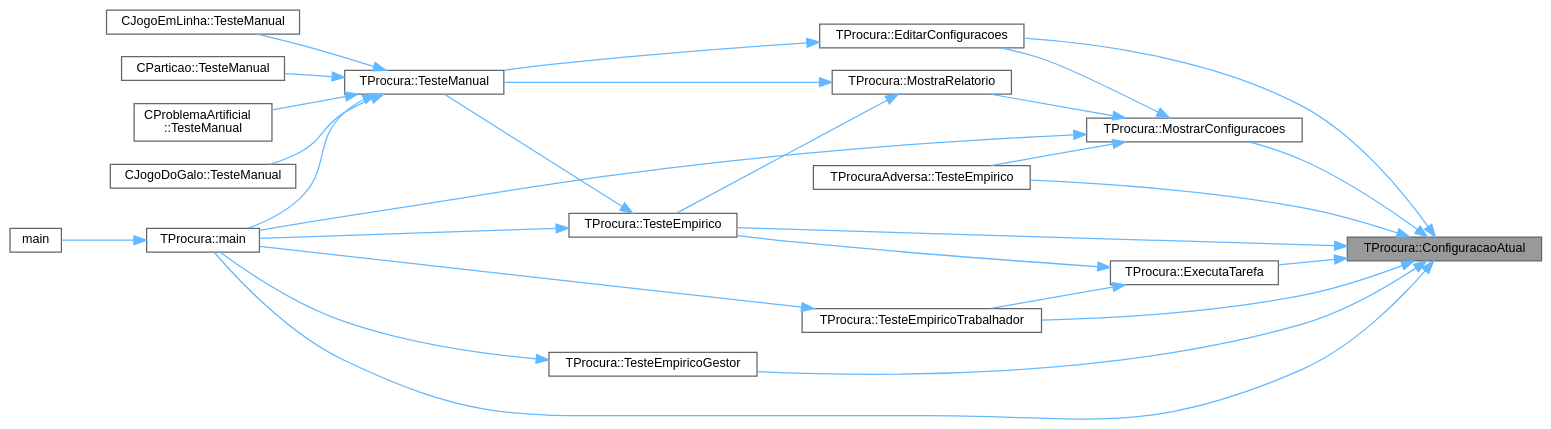
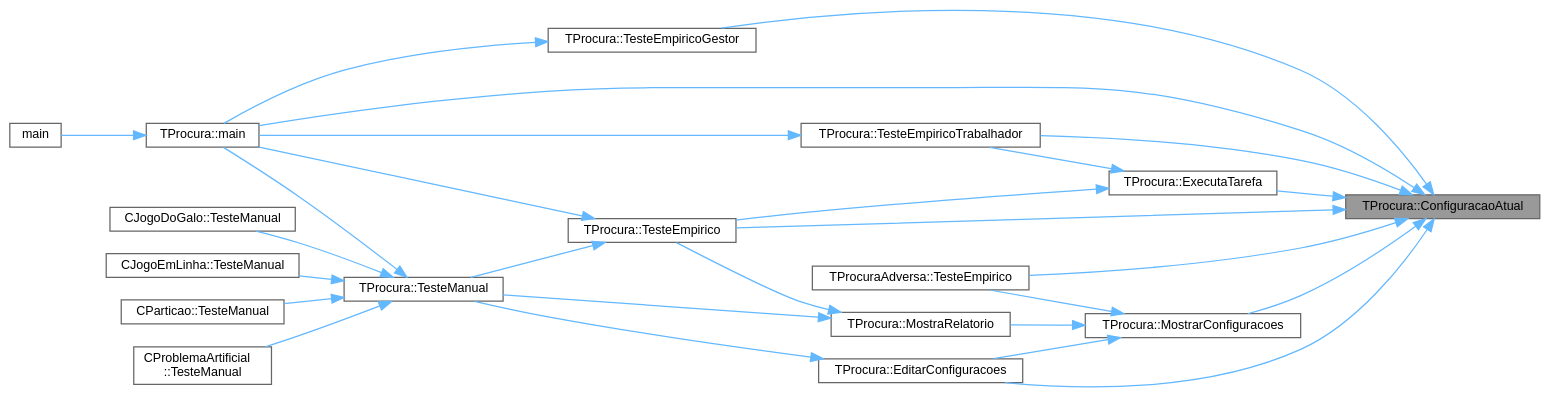
The diagram in classTProcura_ac1d9f06b12765a02290050af15463186_icgraph.dot (jcoelho72/TProcura), drawn with Graphviz before and after one commit. The commit also changed 27 other files, not shown here.

```diff
--- a/classTProcura_ac1d9f06b12765a02290050af15463186_icgraph.dot
+++ b/classTProcura_ac1d9f06b12765a02290050af15463186_icgraph.dot
@@ -1,51 +1,50 @@
 digraph "TProcura::ConfiguracaoAtual"
 {
  // LATEX_PDF_SIZE
   bgcolor="transparent";
   edge [fontname=Helvetica,fontsize=10,labelfontname=Helvetica,labelfontsize=10];
   node [fontname=Helvetica,fontsize=10,shape=box,height=0.2,width=0.4];
   rankdir="RL";
   Node1 [id="Node000001",label="TProcura::ConfiguracaoAtual",height=0.2,width=0.4,color="gray40", fillcolor="grey60", style="filled", fontcolor="black",tooltip="Grava ou lê a configuração atual."];
   Node1 -> Node2 [id="edge1_Node000001_Node000002",dir="back",color="steelblue1",style="solid",tooltip=" "];
   Node2 [id="Node000002",label="TProcura::EditarConfiguracoes",height=0.2,width=0.4,color="grey40", fillcolor="white", style="filled",URL="$classTProcura.html#ae559b54c7ff363280df914fec988794f",tooltip="Permite ao utilizador editar as configurações."];
   Node2 -> Node3 [id="edge2_Node000002_Node000003",dir="back",color="steelblue1",style="solid",tooltip=" "];
   Node3 [id="Node000003",label="TProcura::TesteManual",height=0.2,width=0.4,color="grey40", fillcolor="white", style="filled",URL="$classTProcura.html#a5fdf4e8f76e59eb83fbc274fa61e34af",tooltip="Inicializa a interação com o utilizador."];
   Node3 -> Node4 [id="edge3_Node000003_Node000004",dir="back",color="steelblue1",style="solid",tooltip=" "];
   Node4 [id="Node000004",label="TProcura::main",height=0.2,width=0.4,color="grey40", fillcolor="white", style="filled",URL="$classTProcura.html#aad1499e49cf6757569aeabd9c3fb2a8c",tooltip="Inicializa a interação com o utilizador."];
   Node4 -> Node5 [id="edge4_Node000004_Node000005",dir="back",color="steelblue1",style="solid",tooltip=" "];
   Node5 [id="Node000005",label="main",height=0.2,width=0.4,color="grey40", fillcolor="white", style="filled",URL="$Adversa_2Teste_2teste_8cpp.html#a0ddf1224851353fc92bfbff6f499fa97",tooltip=" "];
   Node3 -> Node6 [id="edge5_Node000003_Node000006",dir="back",color="steelblue1",style="solid",tooltip=" "];
   Node6 [id="Node000006",label="CJogoDoGalo::TesteManual",height=0.2,width=0.4,color="grey40", fillcolor="white", style="filled",URL="$classCJogoDoGalo.html#a113984a3801a93ebce61e0a700a413ab",tooltip="Inicializa a interação com o utilizador."];
   Node3 -> Node7 [id="edge6_Node000003_Node000007",dir="back",color="steelblue1",style="solid",tooltip=" "];
   Node7 [id="Node000007",label="CJogoEmLinha::TesteManual",height=0.2,width=0.4,color="grey40", fillcolor="white", style="filled",URL="$classCJogoEmLinha.html#ad289e94136b44c9e3e942acf64ff0449",tooltip="Inicializa a interação com o utilizador."];
   Node3 -> Node8 [id="edge7_Node000003_Node000008",dir="back",color="steelblue1",style="solid",tooltip=" "];
   Node8 [id="Node000008",label="CParticao::TesteManual",height=0.2,width=0.4,color="grey40", fillcolor="white", style="filled",URL="$classCParticao.html#aa4d328b9944991f3fc52ce0726111865",tooltip="Inicializa a interação com o utilizador."];
   Node3 -> Node9 [id="edge8_Node000003_Node000009",dir="back",color="steelblue1",style="solid",tooltip=" "];
   Node9 [id="Node000009",label="CProblemaArtificial\l::TesteManual",height=0.2,width=0.4,color="grey40", fillcolor="white", style="filled",URL="$classCProblemaArtificial.html#abaad629eb538177261df40e1e27e92ed",tooltip="Inicializa a interação com o utilizador."];
   Node1 -> Node10 [id="edge9_Node000001_Node000010",dir="back",color="steelblue1",style="solid",tooltip=" "];
   Node10 [id="Node000010",label="TProcura::ExecutaTarefa",height=0.2,width=0.4,color="grey40", fillcolor="white", style="filled",URL="$classTProcura.html#a2c3c5fdff8277b04a219156dec0f068b",tooltip="Executa uma tarefa num teste empírico."];
   Node10 -> Node11 [id="edge10_Node000010_Node000011",dir="back",color="steelblue1",style="solid",tooltip=" "];
   Node11 [id="Node000011",label="TProcura::TesteEmpirico",height=0.2,width=0.4,color="grey40", fillcolor="white", style="filled",URL="$classTProcura.html#ae98922e2f7f8bb6e487af0a1e4f84336",tooltip="Executa testes empíricos, em todas as configurações guardadas, nas instâncias selecionadas."];
   Node11 -> Node4 [id="edge11_Node000011_Node000004",dir="back",color="steelblue1",style="solid",tooltip=" "];
   Node11 -> Node3 [id="edge12_Node000011_Node000003",dir="back",color="steelblue1",style="solid",tooltip=" "];
   Node10 -> Node12 [id="edge13_Node000010_Node000012",dir="back",color="steelblue1",style="solid",tooltip=" "];
   Node12 [id="Node000012",label="TProcura::TesteEmpiricoTrabalhador",height=0.2,width=0.4,color="grey40", fillcolor="white", style="filled",URL="$classTProcura.html#a1b444fbb9aa1d6bf3df277df3f289587",tooltip="Teste empírico com modo mestre-escravo (este é o escravo)"];
   Node12 -> Node4 [id="edge14_Node000012_Node000004",dir="back",color="steelblue1",style="solid",tooltip=" "];
   Node1 -> Node4 [id="edge15_Node000001_Node000004",dir="back",color="steelblue1",style="solid",tooltip=" "];
   Node1 -> Node13 [id="edge16_Node000001_Node000013",dir="back",color="steelblue1",style="solid",tooltip=" "];
   Node13 [id="Node000013",label="TProcura::MostrarConfiguracoes",height=0.2,width=0.4,color="grey40", fillcolor="white", style="filled",URL="$classTProcura.html#a3332047124784be2fc7af575a5f7f8b5",tooltip="Mostra as configurações disponíveis."];
   Node13 -> Node2 [id="edge17_Node000013_Node000002",dir="back",color="steelblue1",style="solid",tooltip=" "];
-  Node13 -> Node4 [id="edge18_Node000013_Node000004",dir="back",color="steelblue1",style="solid",tooltip=" "];
-  Node13 -> Node14 [id="edge19_Node000013_Node000014",dir="back",color="steelblue1",style="solid",tooltip=" "];
+  Node13 -> Node14 [id="edge18_Node000013_Node000014",dir="back",color="steelblue1",style="solid",tooltip=" "];
   Node14 [id="Node000014",label="TProcura::MostraRelatorio",height=0.2,width=0.4,color="grey40", fillcolor="white", style="filled",URL="$classTProcura.html#a8efec796677c8e25ad8bdb56a1082e2d",tooltip="Mostra um relatório dos resultados."];
-  Node14 -> Node11 [id="edge20_Node000014_Node000011",dir="back",color="steelblue1",style="solid",tooltip=" "];
-  Node14 -> Node3 [id="edge21_Node000014_Node000003",dir="back",color="steelblue1",style="solid",tooltip=" "];
-  Node13 -> Node15 [id="edge22_Node000013_Node000015",dir="back",color="steelblue1",style="solid",tooltip=" "];
+  Node14 -> Node11 [id="edge19_Node000014_Node000011",dir="back",color="steelblue1",style="solid",tooltip=" "];
+  Node14 -> Node3 [id="edge20_Node000014_Node000003",dir="back",color="steelblue1",style="solid",tooltip=" "];
+  Node13 -> Node15 [id="edge21_Node000013_Node000015",dir="back",color="steelblue1",style="solid",tooltip=" "];
   Node15 [id="Node000015",label="TProcuraAdversa::TesteEmpirico",height=0.2,width=0.4,color="grey40", fillcolor="white", style="filled",URL="$classTProcuraAdversa.html#a4b4a40d5c7e79fba24bc562d6e934fd8",tooltip=" "];
-  Node1 -> Node15 [id="edge23_Node000001_Node000015",dir="back",color="steelblue1",style="solid",tooltip=" "];
-  Node1 -> Node11 [id="edge24_Node000001_Node000011",dir="back",color="steelblue1",style="solid",tooltip=" "];
-  Node1 -> Node16 [id="edge25_Node000001_Node000016",dir="back",color="steelblue1",style="solid",tooltip=" "];
+  Node1 -> Node15 [id="edge22_Node000001_Node000015",dir="back",color="steelblue1",style="solid",tooltip=" "];
+  Node1 -> Node11 [id="edge23_Node000001_Node000011",dir="back",color="steelblue1",style="solid",tooltip=" "];
+  Node1 -> Node16 [id="edge24_Node000001_Node000016",dir="back",color="steelblue1",style="solid",tooltip=" "];
   Node16 [id="Node000016",label="TProcura::TesteEmpiricoGestor",height=0.2,width=0.4,color="grey40", fillcolor="white", style="filled",URL="$classTProcura.html#afd7217164b5ffce15f1949138f469fdb",tooltip="Teste empírico com modo mestre-escravo (este é o mestre)"];
-  Node16 -> Node4 [id="edge26_Node000016_Node000004",dir="back",color="steelblue1",style="solid",tooltip=" "];
-  Node1 -> Node12 [id="edge27_Node000001_Node000012",dir="back",color="steelblue1",style="solid",tooltip=" "];
+  Node16 -> Node4 [id="edge25_Node000016_Node000004",dir="back",color="steelblue1",style="solid",tooltip=" "];
+  Node1 -> Node12 [id="edge26_Node000001_Node000012",dir="back",color="steelblue1",style="solid",tooltip=" "];
 }
```
